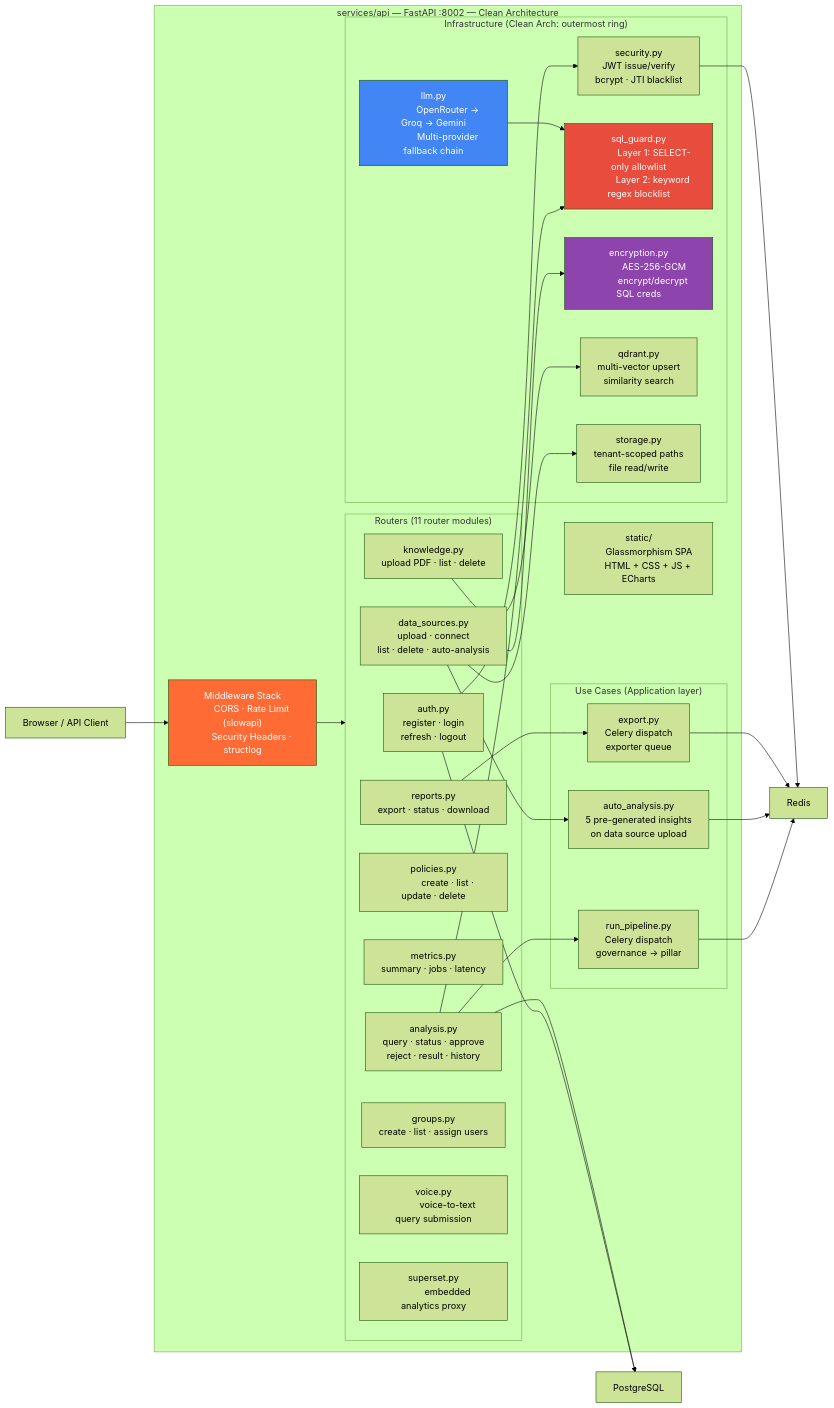
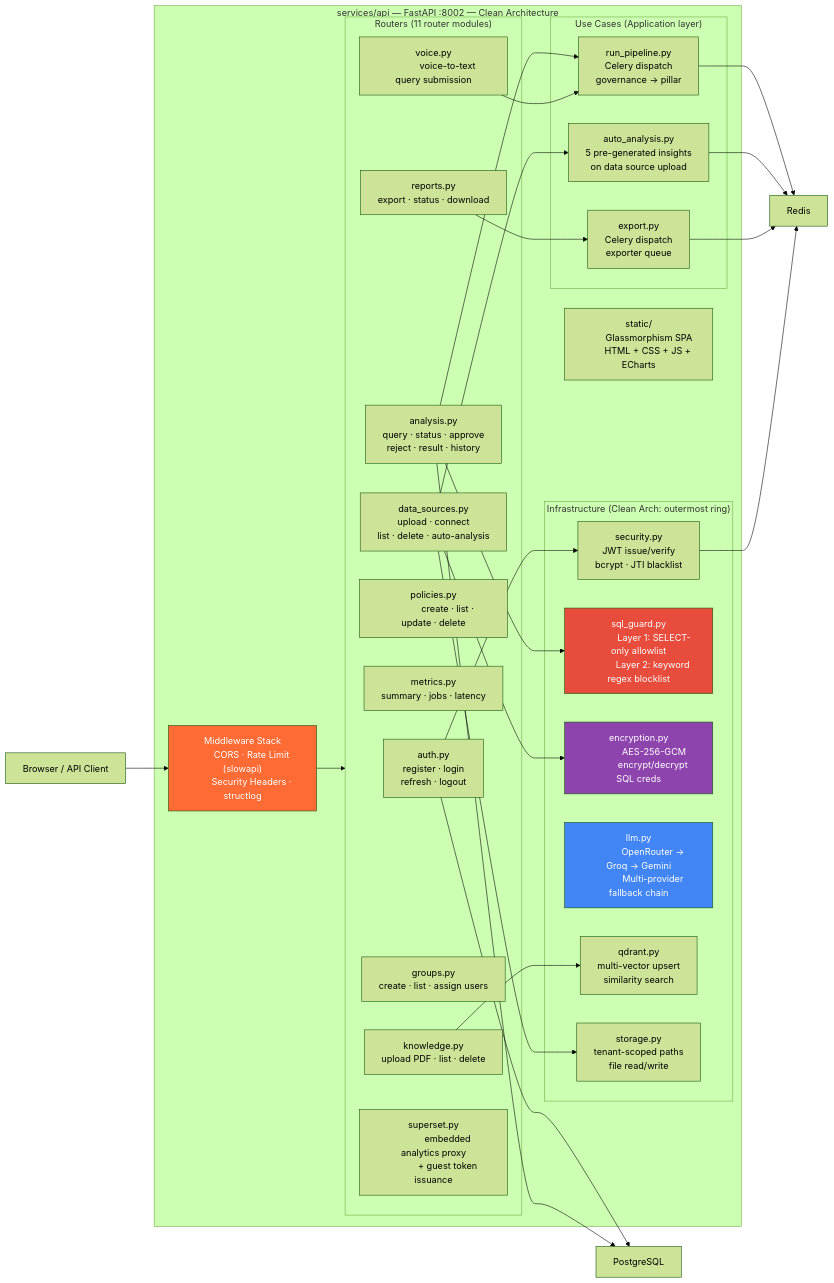
The third of 13 diagrams in NTI_C4_DIAGRAMS.md (OmarAbdelhamidAly/OpenQ-Federated-Agentic-Intelligence-Platform), drawn with Mermaid (forest theme) before and after one commit. The commit also changed other lines of this file and 15 other files, not shown here.

```diff
--- a/NTI_C4_DIAGRAMS.md
+++ b/NTI_C4_DIAGRAMS.md
@@ -253,7 +321,8 @@
             voice-to-text query submission"]
 
             SupR["superset.py
-            embedded analytics proxy"]
+            embedded analytics proxy
+            + guest token issuance"]
         end
 
         subgraph Infra ["Infrastructure (Clean Arch: outermost ring)"]
@@ -319,7 +388,7 @@
     AutoA --> Redis
     Export --> Redis
     Sec --> Redis
-    LLMFac --> Guard
+    VoiR --> Pipeline
 
     style MW fill:#FF6B35,color:#fff
     style Guard fill:#E74C3C,color:#fff
```
